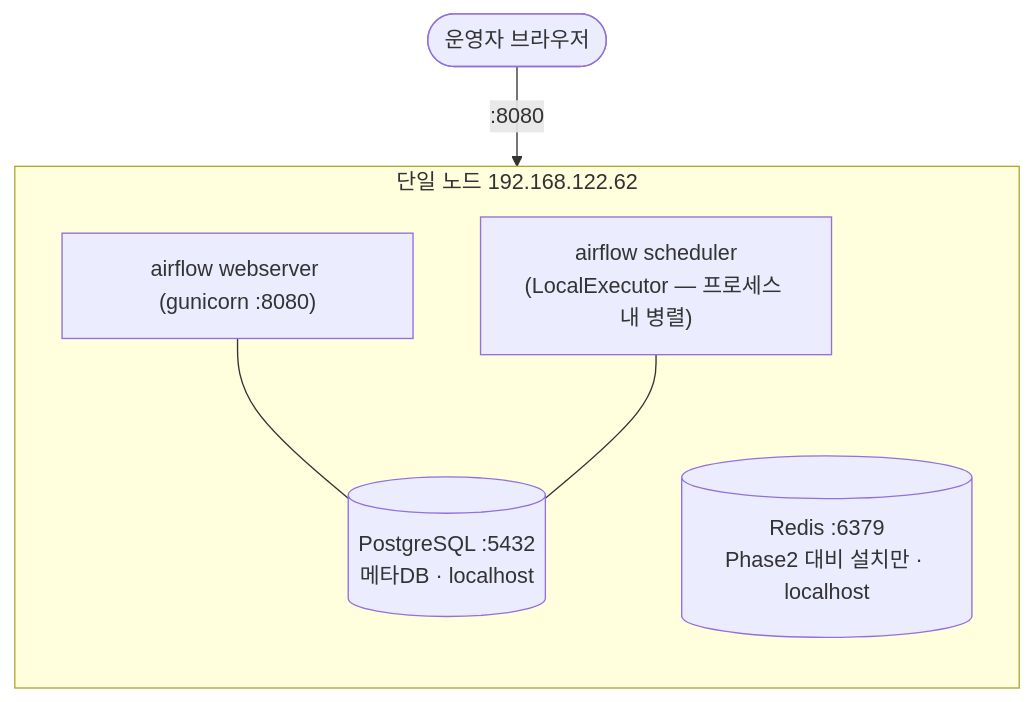
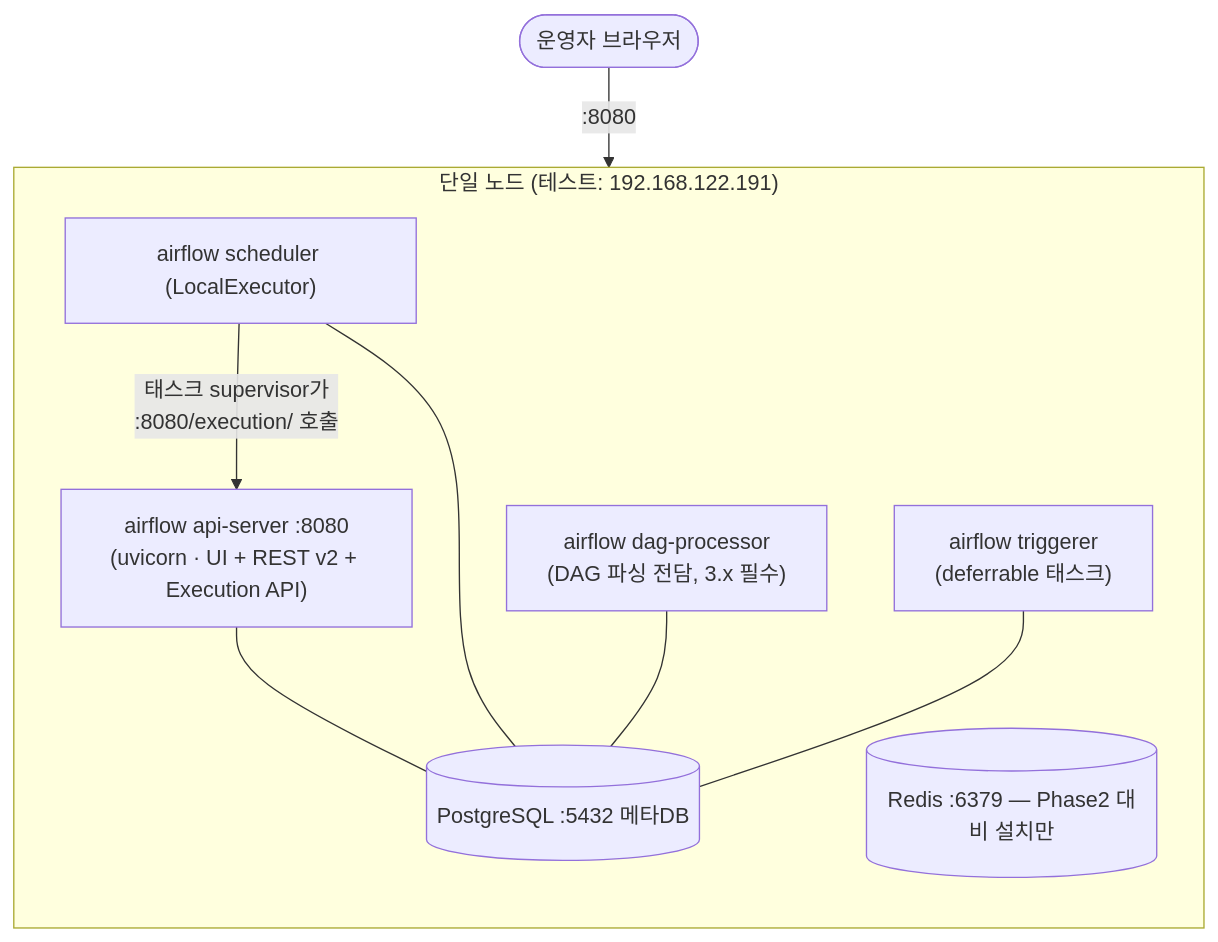
The first of 2 diagrams in DESIGN.md (DataDynamics/airflow-installation), drawn with Mermaid before and after one commit. The commit also changed other lines of this file and 18 other files, not shown here.

First line of the commit message:
Upgrade to Airflow 3.3.0 on python3.11 (api-server/dag-processor/JWT architecture)

````diff
--- a/DESIGN.md
+++ b/DESIGN.md
@@ -47,14 +70,19 @@
 ```mermaid
 flowchart TB
   User(["운영자 브라우저"])
-  subgraph N["단일 노드 192.168.122.62"]
+  subgraph N["단일 노드 (테스트: 192.168.122.191)"]
     direction TB
-    WS["airflow webserver (gunicorn :8080)"]
-    SC["airflow scheduler<br/>(LocalExecutor — 프로세스 내 병렬)"]
-    PG[("PostgreSQL :5432<br/>메타DB · localhost")]
-    RD[("Redis :6379<br/>Phase2 대비 설치만 · localhost")]
-    WS --- PG
+    API["airflow api-server :8080<br/>(uvicorn · UI + REST v2 + Execution API)"]
+    SC["airflow scheduler (LocalExecutor)"]
+    DP["airflow dag-processor<br/>(DAG 파싱 전담, 3.x 필수)"]
+    TR["airflow triggerer<br/>(deferrable 태스크)"]
+    PG[("PostgreSQL :5432 메타DB")]
+    RD[("Redis :6379 — Phase2 대비 설치만")]
+    API --- PG
     SC --- PG
+    DP --- PG
+    TR --- PG
+    SC -->|"태스크 supervisor가<br/>:8080/execution/ 호출"| API
   end
-  User -->|":8080"| WS
+  User -->|":8080"| API
 ```
````
